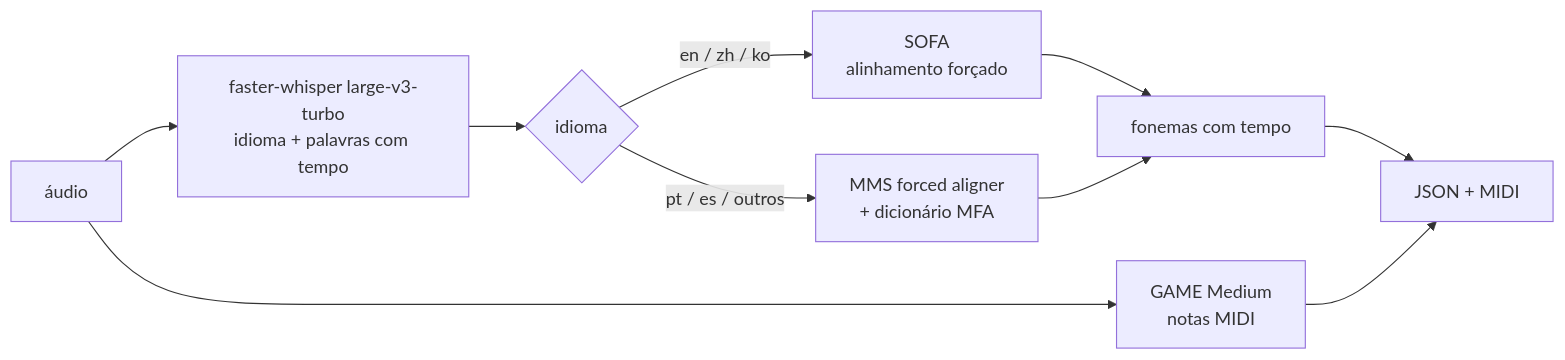
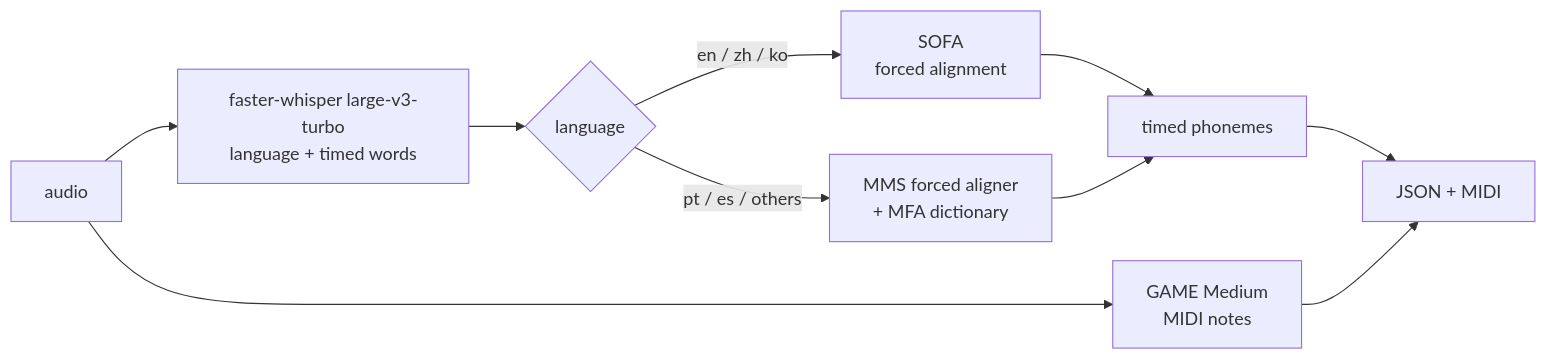
The diagram in README.md (JoaquimBreno/PhonemTranscriptor), drawn with Mermaid before and after one commit. The commit also changed other lines of this file and 1 other file, not shown here.

````diff
--- a/README.md
+++ b/README.md
@@ -15,12 +17,12 @@
 ```mermaid
 flowchart LR
-    A[áudio] --> W[faster-whisper large-v3-turbo<br/>idioma + palavras com tempo]
-    W --> R{idioma}
-    R -- en / zh / ko --> S[SOFA<br/>alinhamento forçado]
-    R -- pt / es / outros --> M[MMS forced aligner<br/>+ dicionário MFA]
-    S --> P[fonemas com tempo]
+    A[audio] --> W[faster-whisper large-v3-turbo<br/>language + timed words]
+    W --> R{language}
+    R -- en / zh / ko --> S[SOFA<br/>forced alignment]
+    R -- pt / es / others --> M[MMS forced aligner<br/>+ MFA dictionary]
+    S --> P[timed phonemes]
     M --> P
-    A --> G[GAME Medium<br/>notas MIDI]
+    A --> G[GAME Medium<br/>MIDI notes]
     P --> J[JSON + MIDI]
     G --> J
 ```
````
